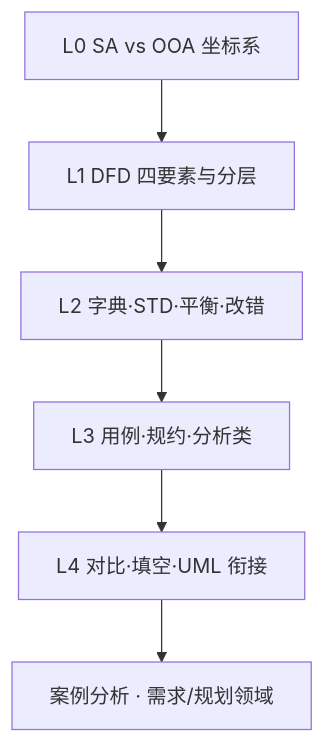
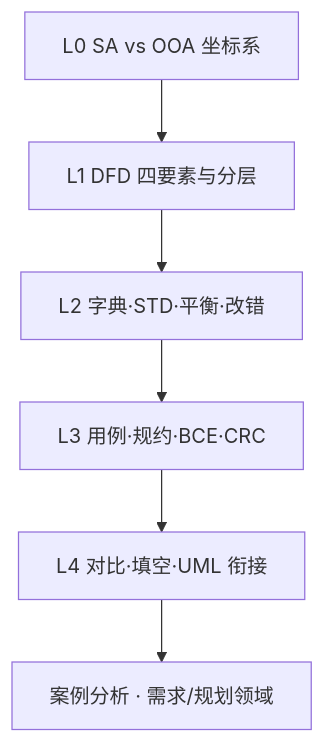
One commit to xiamengquan/sysanalyst-quiz changed the first of 13 diagrams in public/kb/速查/结构化与面向对象分析-体系化学习路径.md. Above: the diagram before and after it, drawn with Mermaid. The commit also changed other lines of this file and 17 other files, not shown here.

````diff
--- a/public/kb/速查/结构化与面向对象分析-体系化学习路径.md
+++ b/public/kb/速查/结构化与面向对象分析-体系化学习路径.md
@@ -21,8 +21,8 @@
 ```mermaid
 flowchart TB
   L0[L0 SA vs OOA 坐标系] --> L1[L1 DFD 四要素与分层]
   L1 --> L2[L2 字典·STD·平衡·改错]
-  L2 --> L3[L3 用例·规约·分析类]
+  L2 --> L3[L3 用例·规约·BCE·CRC]
   L3 --> L4[L4 对比·填空·UML 衔接]
   L4 --> Case[案例分析 · 需求/规划领域]
 ```
````
